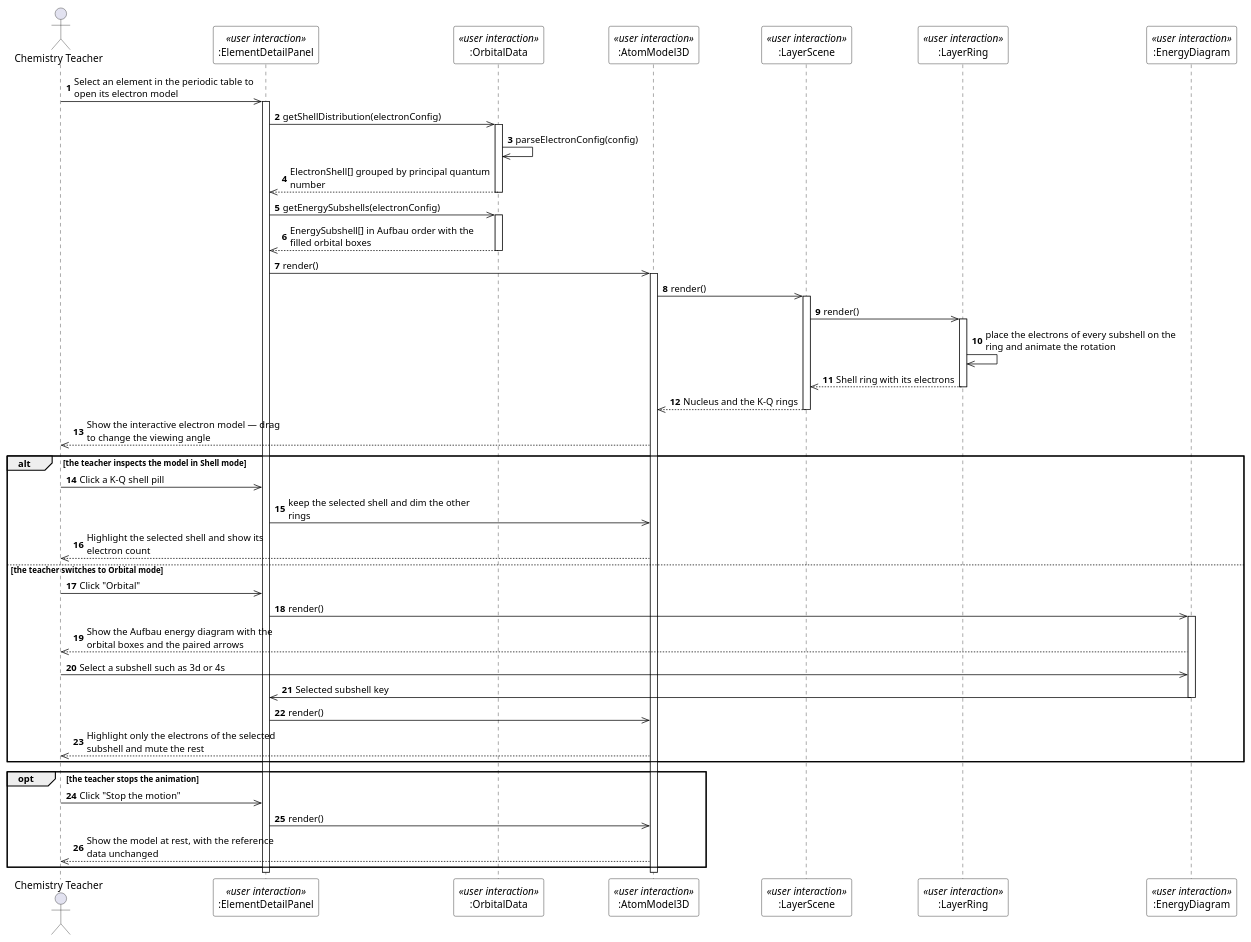
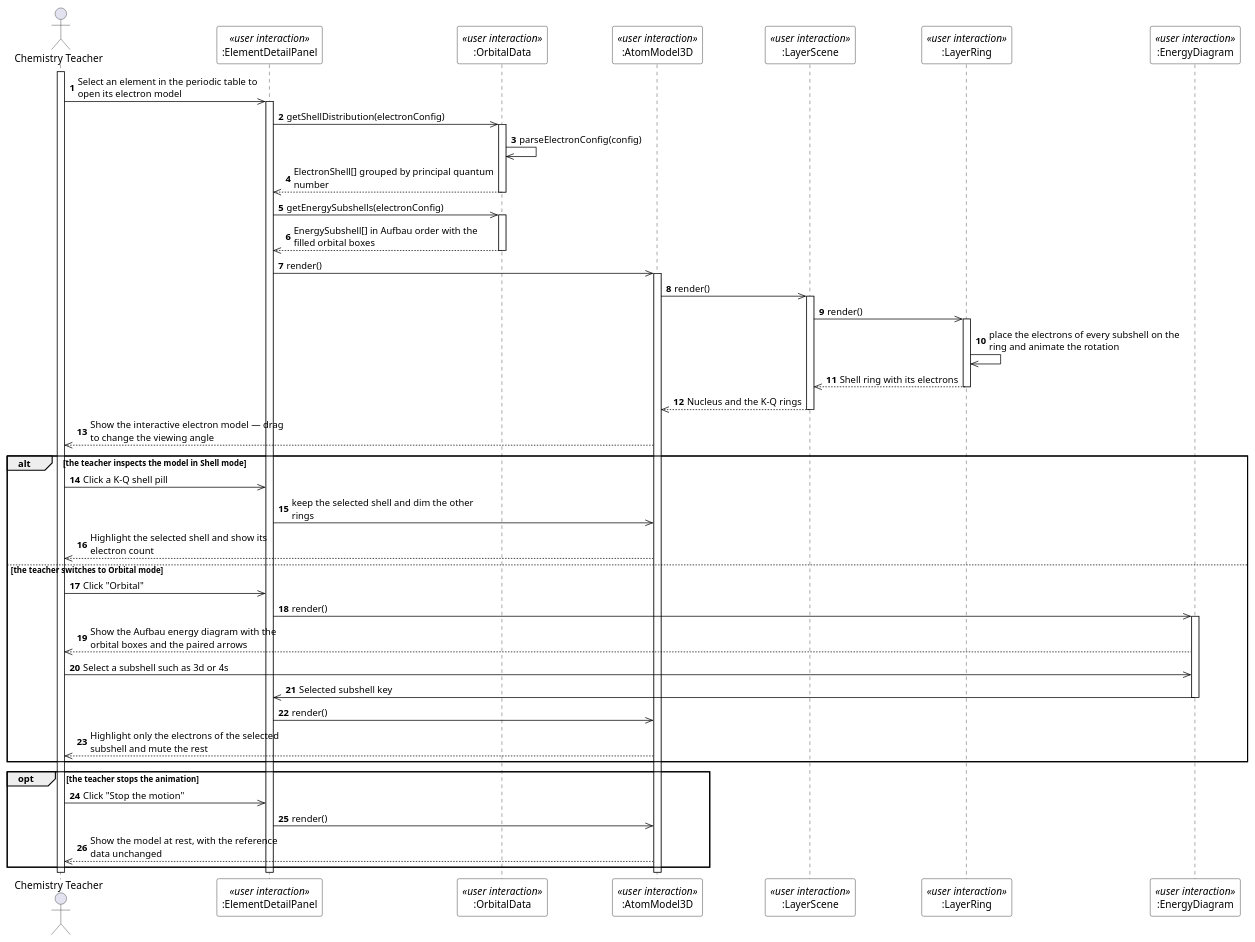
One commit to EduA-system/EduA-system changed the diagram in designs/sds-diagrams/uc57/uc57_sequence_stereo.puml. Above: the diagram before and after it, drawn with PlantUML. The commit also changed 377 other files, not shown here.

Commit message:
hình sequence diagram mới

```diff
--- a/designs/sds-diagrams/uc57/uc57_sequence_stereo.puml
+++ b/designs/sds-diagrams/uc57/uc57_sequence_stereo.puml
@@ -1,66 +1,68 @@
 @startuml UC-57 View Electron Model - Sequence Diagram (stereo)
 skinparam defaultFontName "Segoe UI"
 skinparam shadowing false
 skinparam ParticipantBackgroundColor #FFFFFF
 skinparam ParticipantBorderColor #000000
 skinparam ArrowColor #000000
 skinparam sequenceMessageAlign left
 skinparam maxMessageSize 280
 
 actor "Chemistry Teacher" as Teacher
 participant ":ElementDetailPanel" as PANEL <<user interaction>>
 participant ":OrbitalData" as ORB <<user interaction>>
 participant ":AtomModel3D" as ATOM <<user interaction>>
 participant ":LayerScene" as SCENE <<user interaction>>
 participant ":LayerRing" as RING <<user interaction>>
 participant ":EnergyDiagram" as DIAG <<user interaction>>
 
 autonumber
+activate Teacher
 Teacher ->> PANEL : Select an element in the periodic table to open its electron model
 activate PANEL
 PANEL ->> ORB : getShellDistribution(electronConfig)
 activate ORB
 ORB ->> ORB : parseElectronConfig(config)
 ORB -->> PANEL : ElectronShell[] grouped by principal quantum number
 deactivate ORB
 PANEL ->> ORB : getEnergySubshells(electronConfig)
 activate ORB
 ORB -->> PANEL : EnergySubshell[] in Aufbau order with the filled orbital boxes
 deactivate ORB
 PANEL ->> ATOM : render()
 activate ATOM
 ATOM ->> SCENE : render()
 activate SCENE
 SCENE ->> RING : render()
 activate RING
 RING ->> RING : place the electrons of every subshell on the ring and animate the rotation
 RING -->> SCENE : Shell ring with its electrons
 deactivate RING
 SCENE -->> ATOM : Nucleus and the K–Q rings
 deactivate SCENE
 ATOM -->> Teacher : Show the interactive electron model — drag to change the viewing angle
 
 alt the teacher inspects the model in Shell mode
   Teacher ->> PANEL : Click a K–Q shell pill
   PANEL ->> ATOM : keep the selected shell and dim the other rings
   ATOM -->> Teacher : Highlight the selected shell and show its electron count
 else the teacher switches to Orbital mode
   Teacher ->> PANEL : Click "Orbital"
   PANEL ->> DIAG : render()
   activate DIAG
   DIAG -->> Teacher : Show the Aufbau energy diagram with the orbital boxes and the paired arrows
   Teacher ->> DIAG : Select a subshell such as 3d or 4s
   DIAG ->> PANEL : Selected subshell key
   deactivate DIAG
   PANEL ->> ATOM : render()
   ATOM -->> Teacher : Highlight only the electrons of the selected subshell and mute the rest
 end
 
 opt the teacher stops the animation
   Teacher ->> PANEL : Click "Stop the motion"
   PANEL ->> ATOM : render()
   ATOM -->> Teacher : Show the model at rest, with the reference data unchanged
 end
 deactivate ATOM
 deactivate PANEL
+deactivate Teacher
 @enduml
```
